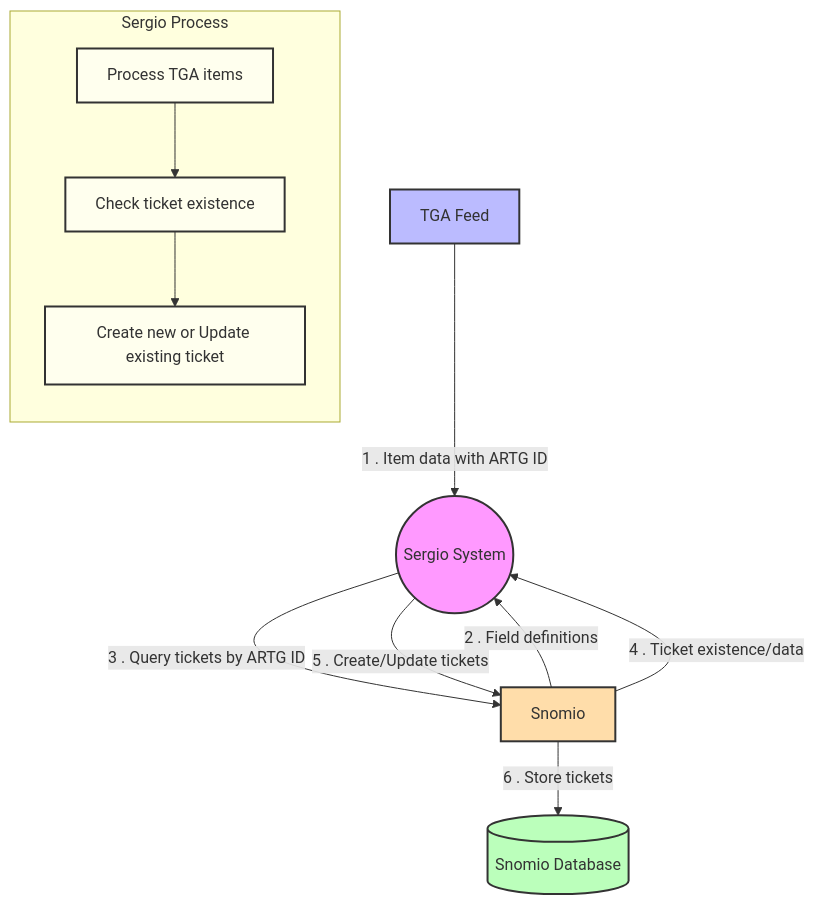
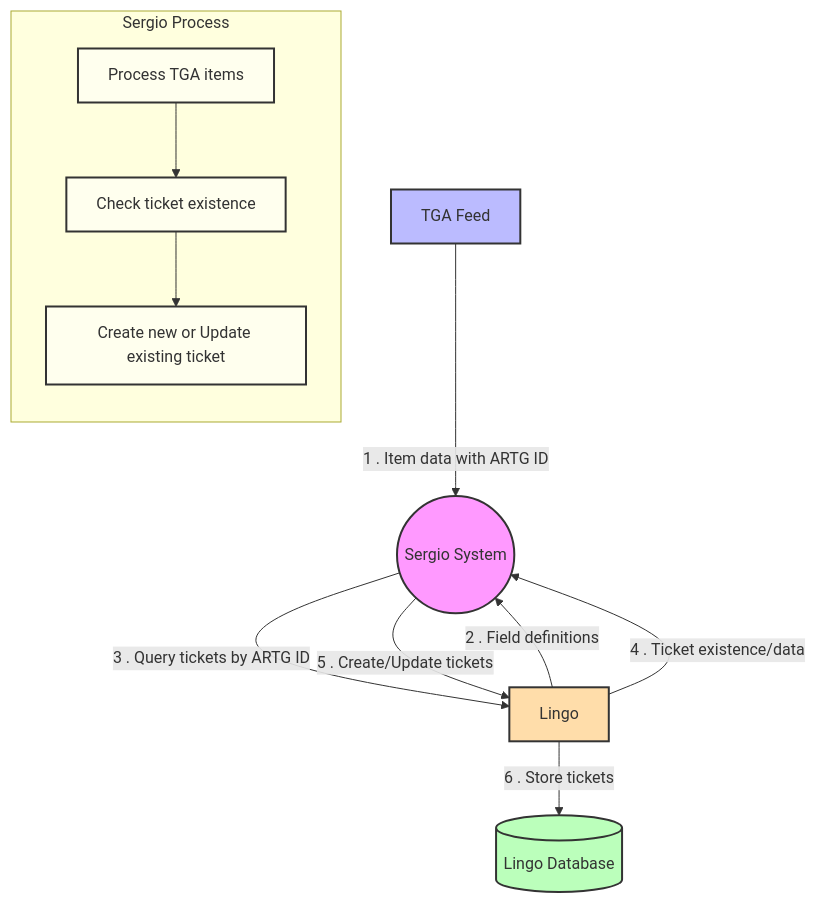
Before and after one commit to AuDigitalHealth/lingo: the third of 7 diagrams in docs/design/integration-points.md, drawn with Mermaid. The commit also changed other lines of this file and 10 other files, not shown here.

Commit message:
replace occurances of Snomio with Lingo across the docs

````diff
--- a/docs/design/integration-points.md
+++ b/docs/design/integration-points.md
@@ -83,30 +83,30 @@
 ```mermaid
 graph TD
     TGA[TGA Feed]
     Sergio((Sergio System))
-    Snomio[Snomio]
-    DB[(Snomio Database)]
+    Lingo[Lingo]
+    DB[(Lingo Database)]
     TGA -->|1 . Item data with ARTG ID| Sergio
-    Snomio -->|2 . Field definitions| Sergio
-    Sergio -->|3 . Query tickets by ARTG ID| Snomio
-    Snomio -->|4 . Ticket existence/data| Sergio
-    Sergio -->|5 . Create/Update tickets| Snomio
-    Snomio -->|6 . Store tickets| DB
+    Lingo -->|2 . Field definitions| Sergio
+    Sergio -->|3 . Query tickets by ARTG ID| Lingo
+    Lingo -->|4 . Ticket existence/data| Sergio
+    Sergio -->|5 . Create/Update tickets| Lingo
+    Lingo -->|6 . Store tickets| DB
 
     subgraph Sergio Process
         direction TB
         Process[Process TGA items]
         CheckExistence[Check ticket existence]
         CreateUpdate[Create new or Update existing ticket]
         Process --> CheckExistence
         CheckExistence --> CreateUpdate
     end
 
     style TGA fill: #bbf, stroke: #333, stroke-width: 2px
     style Sergio fill: #f9f, stroke: #333, stroke-width: 2px
-    style Snomio fill: #fda, stroke: #333, stroke-width: 2px
+    style Lingo fill: #fda, stroke: #333, stroke-width: 2px
     style DB fill: #bfb, stroke: #333, stroke-width: 2px
     style Process fill: #ffe, stroke: #333, stroke-width: 2px
     style CheckExistence fill: #ffe, stroke: #333, stroke-width: 2px
     style CreateUpdate fill: #ffe, stroke: #333, stroke-width: 2px
 ```
````
